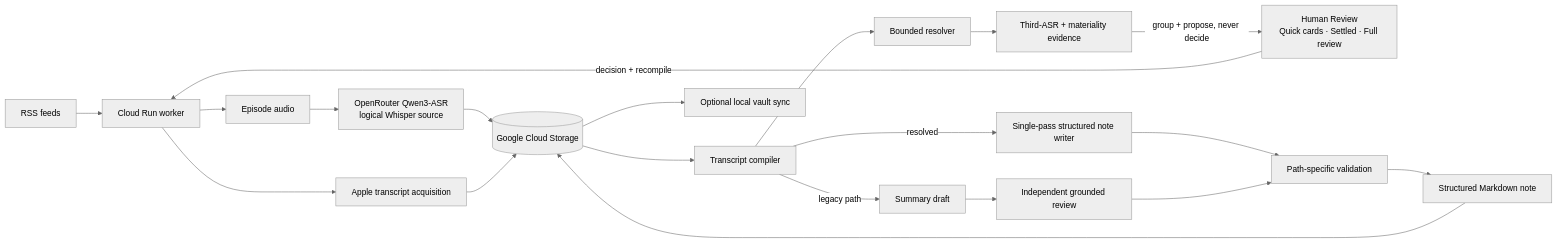
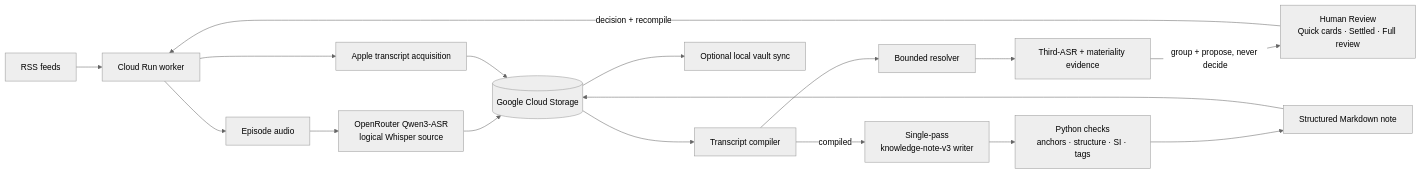
One commit to wintersyntax/podcast-automation changed the diagram in README.md. Above: the diagram before and after it, drawn with Mermaid (neutral theme). The commit also changed other lines of this file, not shown here.

Commit message:
Present current knowledge generation path

````diff
--- a/README.md
+++ b/README.md
@@ -49,26 +48,23 @@
 ```mermaid
 flowchart LR
     RSS[RSS feeds] --> Worker[Cloud Run worker]
     Worker --> Audio[Episode audio]
     Audio --> Whisper["OpenRouter Qwen3-ASR<br/>logical Whisper source"]
     Worker --> Apple[Apple transcript acquisition]
 
     Whisper --> GCS[(Google Cloud Storage)]
     Apple --> GCS
 
     GCS --> Compiler[Transcript compiler]
     Compiler --> Resolver[Bounded resolver]
     Resolver --> Evidence[Third-ASR + materiality evidence]
 
     Evidence -->|group + propose, never decide| Review["Human Review<br/>Quick cards · Settled · Full review"]
     Review -->|decision + recompile| Worker
 
-    Compiler -->|resolved| Writer[Single-pass structured note writer]
-    Writer --> Checks[Path-specific validation]
-    Compiler -->|legacy path| Draft[Summary draft]
-    Draft --> SummaryReview[Independent grounded review]
-    SummaryReview --> Checks
+    Compiler -->|compiled| Writer["Single-pass<br/>knowledge-note-v3 writer"]
+    Writer --> Checks["Python checks<br/>anchors · structure · SI · tags"]
     Checks --> Note[Structured Markdown note]
     Note --> GCS
     GCS --> Sync[Optional local vault sync]
 ```
````
